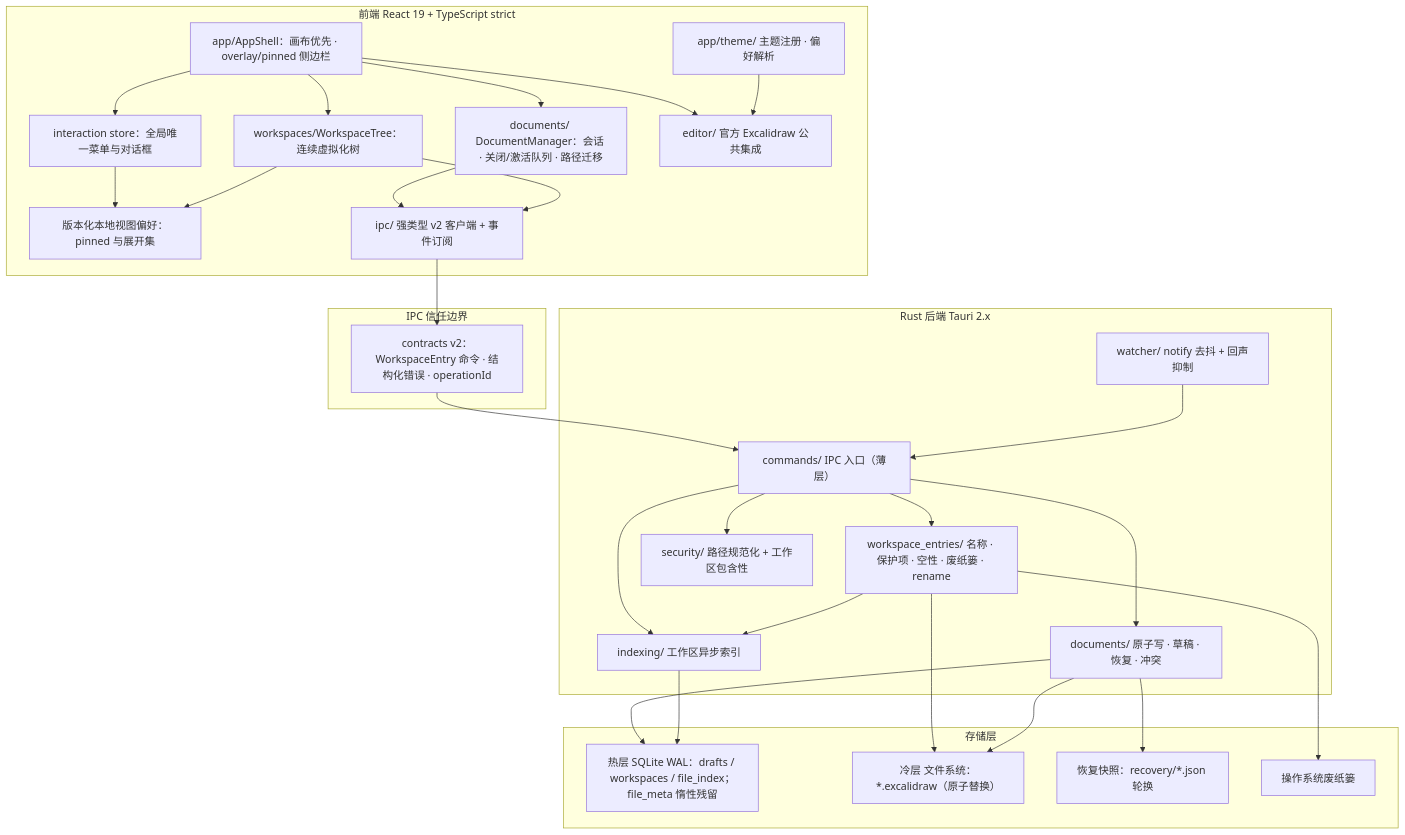
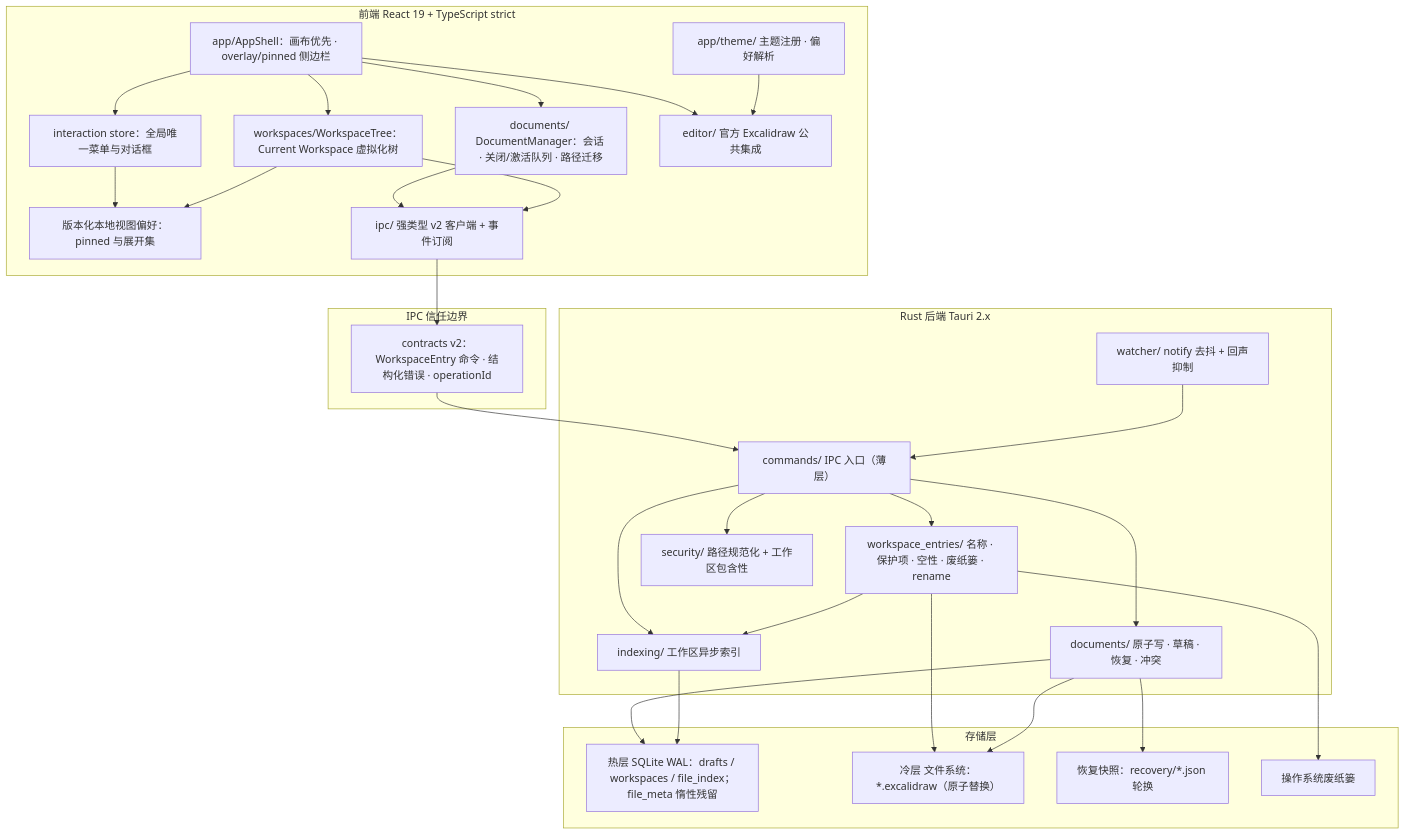
One commit to ignacioli/excalidraw-desktop changed the first of 7 diagrams in docs/architecture.zh.md. Above: the diagram before and after it, drawn with Mermaid. The commit also changed other lines of this file and 5 other files, not shown here.

````diff
--- a/docs/architecture.zh.md
+++ b/docs/architecture.zh.md
@@ -19,52 +19,52 @@
 ```mermaid
 flowchart TB
     subgraph frontend [前端 React 19 + TypeScript strict]
         AppShell["app/AppShell：画布优先 · overlay/pinned 侧边栏"]
         Interaction["interaction store：全局唯一菜单与对话框"]
-        Tree["workspaces/WorkspaceTree：连续虚拟化树"]
+        Tree["workspaces/WorkspaceTree：Current Workspace 虚拟化树"]
         Docs["documents/ DocumentManager：会话 · 关闭/激活队列 · 路径迁移"]
         Editor["editor/ 官方 Excalidraw 公共集成"]
         Theme["app/theme/ 主题注册 · 偏好解析"]
         Prefs["版本化本地视图偏好：pinned 与展开集"]
         IpcClient["ipc/ 强类型 v2 客户端 + 事件订阅"]
     end
     subgraph boundary [IPC 信任边界]
         Contracts["contracts v2：WorkspaceEntry 命令 · 结构化错误 · operationId"]
     end
     subgraph backend [Rust 后端 Tauri 2.x]
         Commands["commands/ IPC 入口（薄层）"]
         EntryDomain["workspace_entries/ 名称 · 保护项 · 空性 · 废纸篓 · rename"]
         Security["security/ 路径规范化 + 工作区包含性"]
         DomainDocs["documents/ 原子写 · 草稿 · 恢复 · 冲突"]
         Indexing["indexing/ 工作区异步索引"]
         Watcher["watcher/ notify 去抖 + 回声抑制"]
     end
     subgraph storage [存储层]
         Hot["热层 SQLite WAL：drafts / workspaces / file_index；file_meta 惰性残留"]
         Cold["冷层 文件系统：*.excalidraw（原子替换）"]
         Recovery["恢复快照：recovery/*.json 轮换"]
         Trash["操作系统废纸篓"]
     end
     AppShell --> Interaction
     AppShell --> Tree
     AppShell --> Docs
     AppShell --> Editor
     Interaction --> Prefs
     Tree --> Prefs
     Theme --> Editor
     Docs --> IpcClient
     Tree --> IpcClient
     IpcClient --> Contracts --> Commands
     Commands --> Security
     Commands --> EntryDomain
     Commands --> DomainDocs
     Commands --> Indexing
     Watcher --> Commands
     EntryDomain --> Indexing
     EntryDomain --> Cold
     EntryDomain --> Trash
     DomainDocs --> Hot
     DomainDocs --> Cold
     DomainDocs --> Recovery
     Indexing --> Hot
 ```
````
